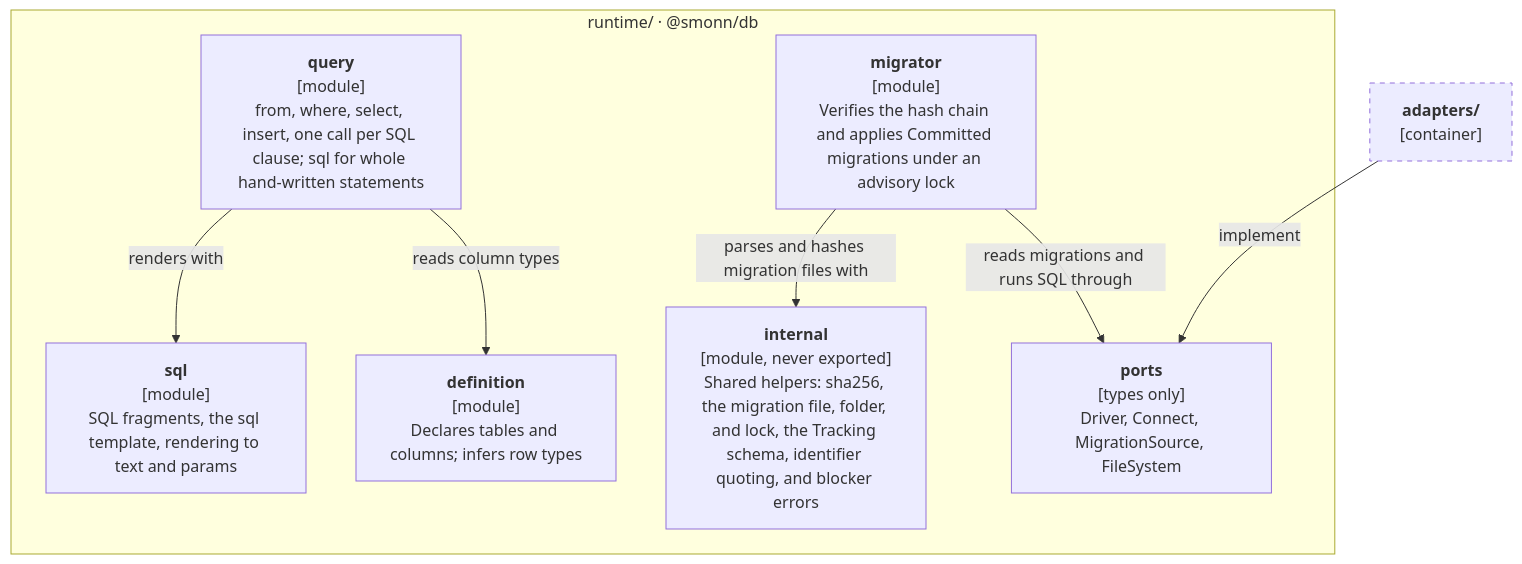
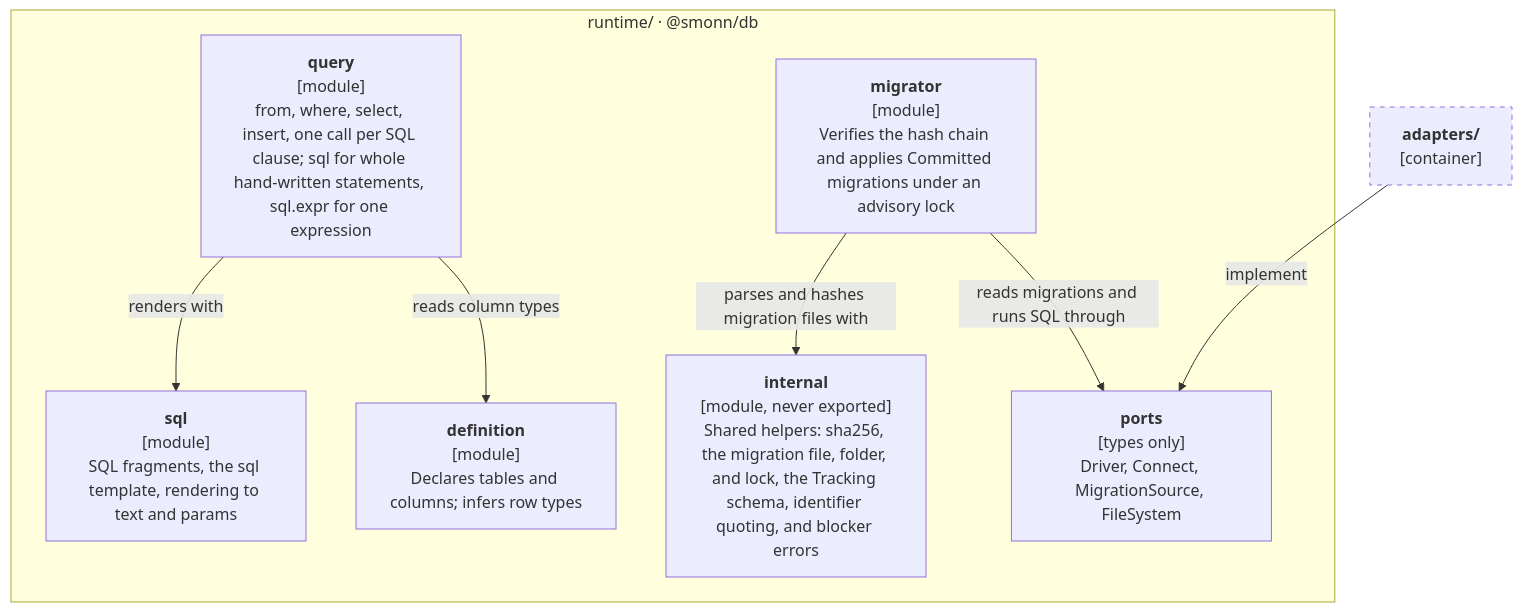
One commit to smonn/db changed the second of 4 diagrams in docs/architecture/README.md. Above: the diagram before and after it, drawn with Mermaid. The commit also changed 62 other files, not shown here.

````diff
--- a/docs/architecture/README.md
+++ b/docs/architecture/README.md
@@ -46,22 +46,22 @@
 ```mermaid
 flowchart TB
   subgraph runtime["runtime/ · @smonn/db"]
     definition["<b>definition</b><br/>[module]<br/>Declares tables and columns; infers row types"]
-    query["<b>query</b><br/>[module]<br/>from, where, select, insert, one call per SQL clause; sql for whole hand-written statements"]
+    query["<b>query</b><br/>[module]<br/>from, where, select, insert, one call per SQL clause; sql for whole hand-written statements, sql.expr for one expression"]
     sql["<b>sql</b><br/>[module]<br/>SQL fragments, the sql template, rendering to text and params"]
     migrator["<b>migrator</b><br/>[module]<br/>Verifies the hash chain and applies Committed migrations under an advisory lock"]
     ports["<b>ports</b><br/>[types only]<br/>Driver, Connect, MigrationSource, FileSystem"]
     internal["<b>internal</b><br/>[module, never exported]<br/>Shared helpers: sha256, the migration file, folder, and lock, the Tracking schema, identifier quoting, and blocker errors"]
   end
 
   adapters["<b>adapters/</b><br/>[container]"]
 
   query -- "reads column types" --> definition
   query -- "renders with" --> sql
   migrator -- "reads migrations and runs SQL through" --> ports
   migrator -- "parses and hashes migration files with" --> internal
   adapters -- "implement" --> ports
 
   classDef external stroke-dasharray: 5 5
   class adapters external
 ```
````
